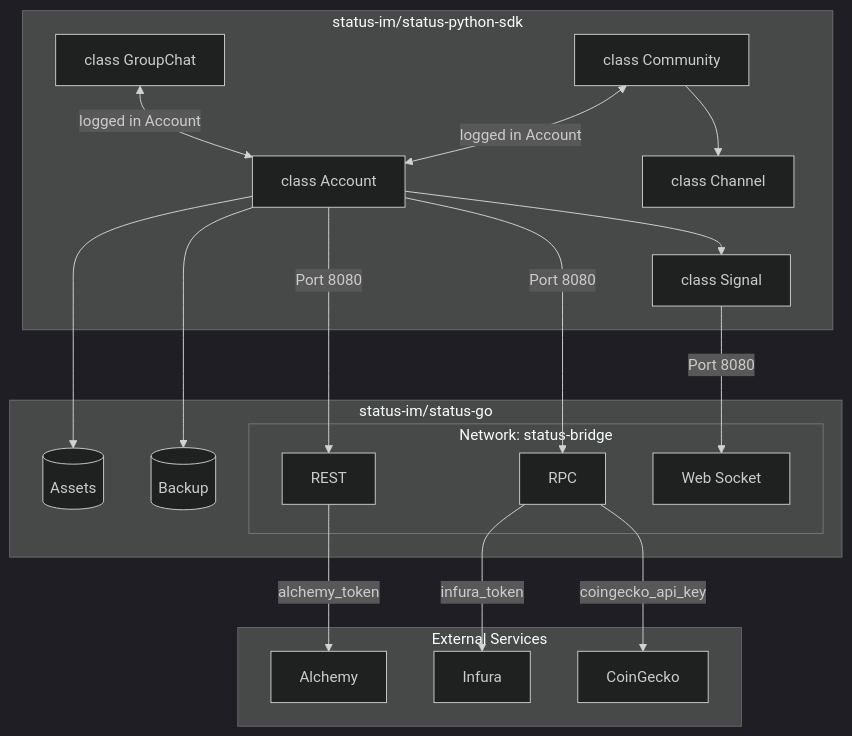
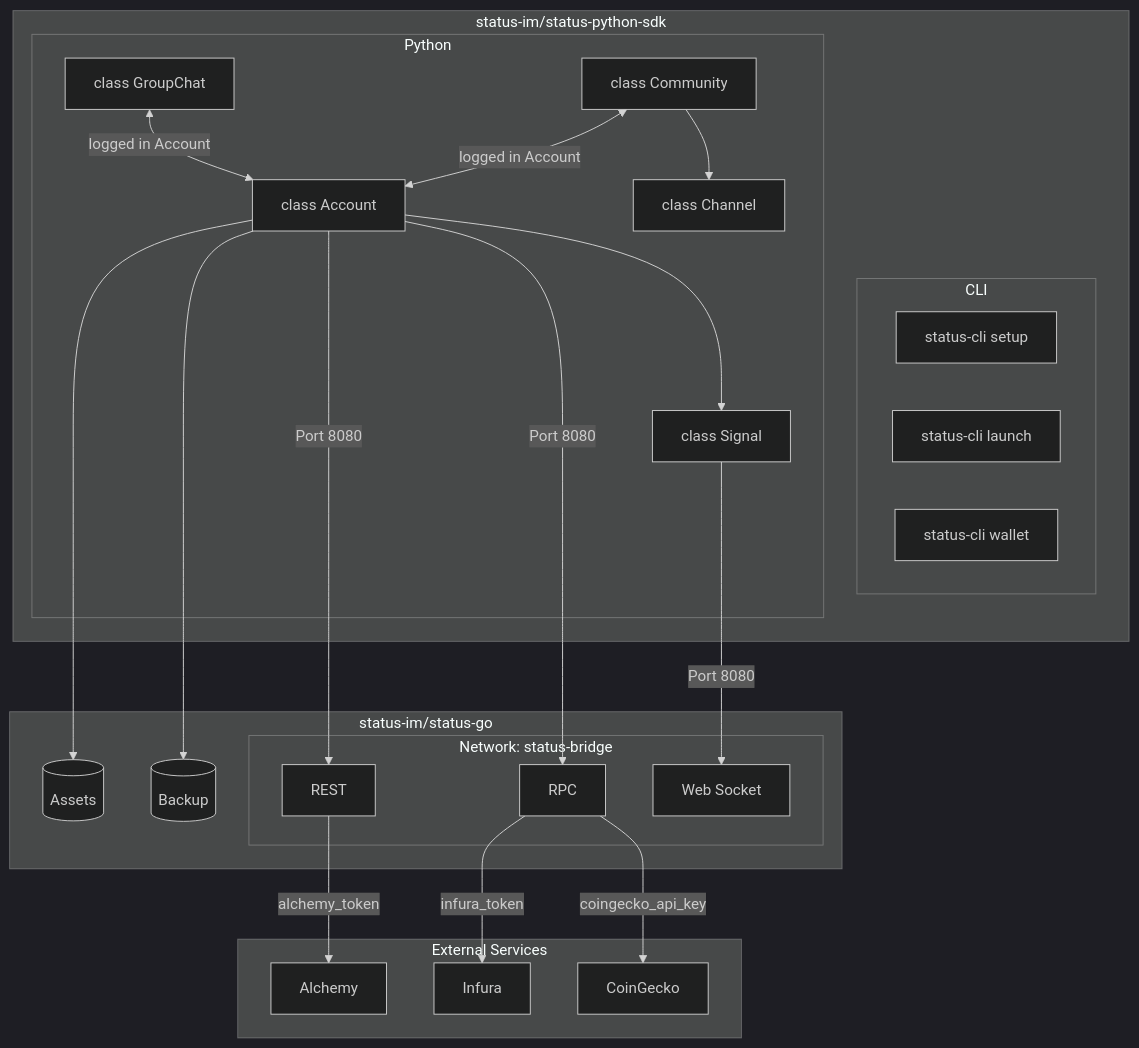
One commit to status-im/status-python-sdk changed the first of 2 diagrams in README.md. Above: the diagram before and after it, drawn with Mermaid (dark theme). The commit also changed 8 other files, not shown here.

Commit message:
cli: wallet functionality

````diff
--- a/README.md
+++ b/README.md
@@ -15,40 +15,47 @@
 ```mermaid
 graph TB
     subgraph backend[status-im/status-go]
         subgraph Endpoints[Network: status-bridge]
            RPC[RPC]
            HTTP[REST]
            SOCKET[Web Socket]
        end
        Vol1[(Backup)]
        Vol2[(Assets)]
-   end
+    end
 
-
-   subgraph bot[status-im/status-python-sdk]
-        GROUP_CHAT[class GroupChat]
-        COMMUNITY[class Community]
-        CHANNEL[class Channel]
-        SDK[class Account]
-        SIGNAL[class Signal]
+    subgraph bot[status-im/status-python-sdk]
+        subgraph cli[CLI]
+            CLI_SETUP[status-cli setup]
+            CLI_LAUNCH[status-cli launch]
+            CLI_WALLET[status-cli wallet]
+        end
+        subgraph python[Python]
+            GROUP_CHAT[class GroupChat]
+            COMMUNITY[class Community]
+            CHANNEL[class Channel]
+            SDK[class Account]
+            SIGNAL[class Signal]
+        end
     end
 
     subgraph external[External Services]
         COINGECKO[CoinGecko]
         ALCHEMY[Alchemy]
         INFURA[Infura]
     end
 
     COMMUNITY --> CHANNEL
     COMMUNITY <--> |logged in Account| SDK
     GROUP_CHAT <--> |logged in Account| SDK
     SDK --> SIGNAL
     SDK --> |Port 8080| RPC
     SDK --> |Port 8080| HTTP
     SIGNAL --> |Port 8080| SOCKET
     SDK --> Vol1
     SDK --> Vol2
     RPC --> |coingecko_api_key| COINGECKO
     RPC --> |infura_token| INFURA
     HTTP --> |alchemy_token| ALCHEMY
+    
 ```
````
